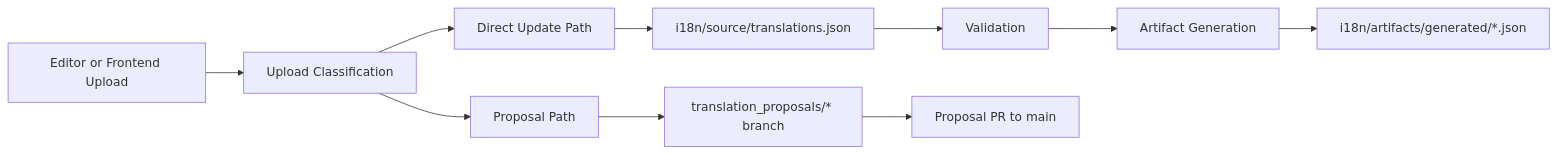
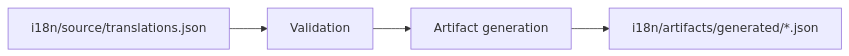
Before and after one commit to PRAxISDEVELOPMENT/mypraxis_translation_keys: the first of 3 diagrams in README.md, drawn with Mermaid. The commit also changed other lines of this file and 13 other files, not shown here.

````diff
--- a/README.md
+++ b/README.md
@@ -43,14 +87,6 @@
 ```mermaid
 flowchart LR
     A[i18n/source/translations.json] --> B[Validation]
-    B --> C[Artifact Generation]
+    B --> C[Artifact generation]
     C --> D[i18n/artifacts/generated/*.json]
-
-    E[Editor or Frontend Upload] --> F[Upload Classification]
-    F --> G[Direct Update Path]
-    F --> H[Proposal Path]
-
-    G --> A
-    H --> I[translation_proposals/* branch]
-    I --> J[Proposal PR to main]
 ```
````
